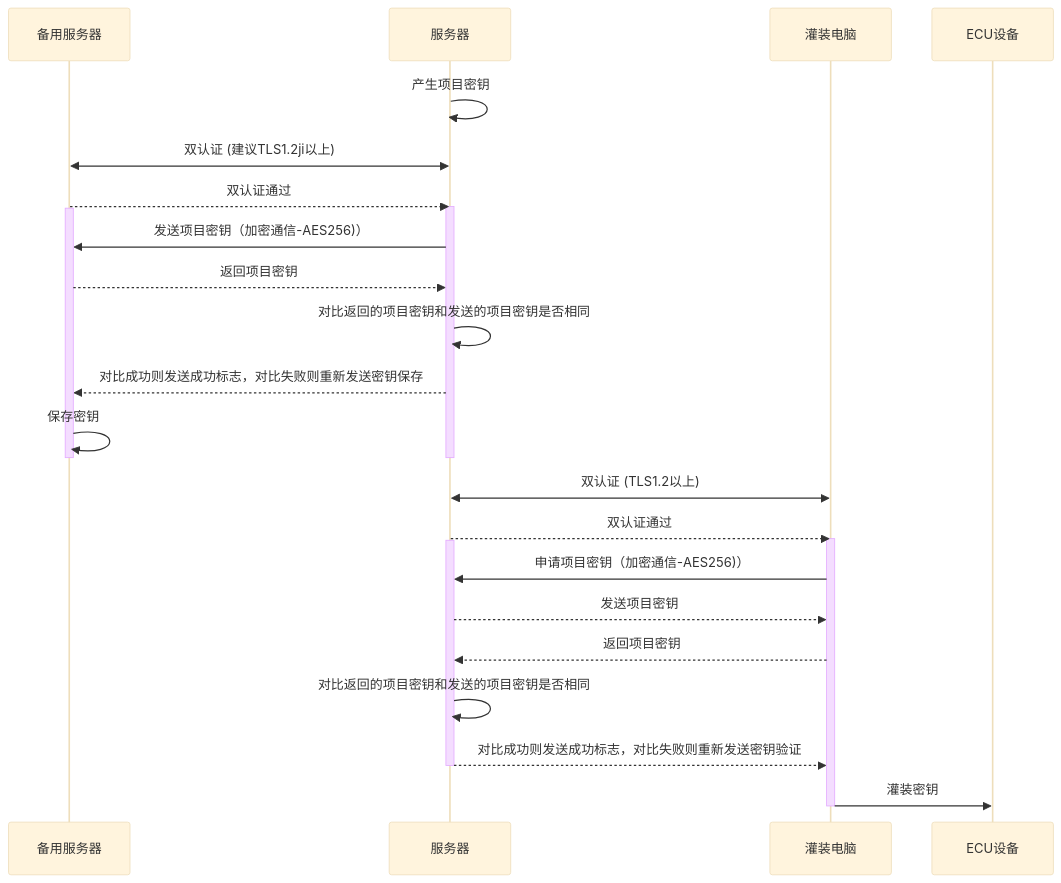
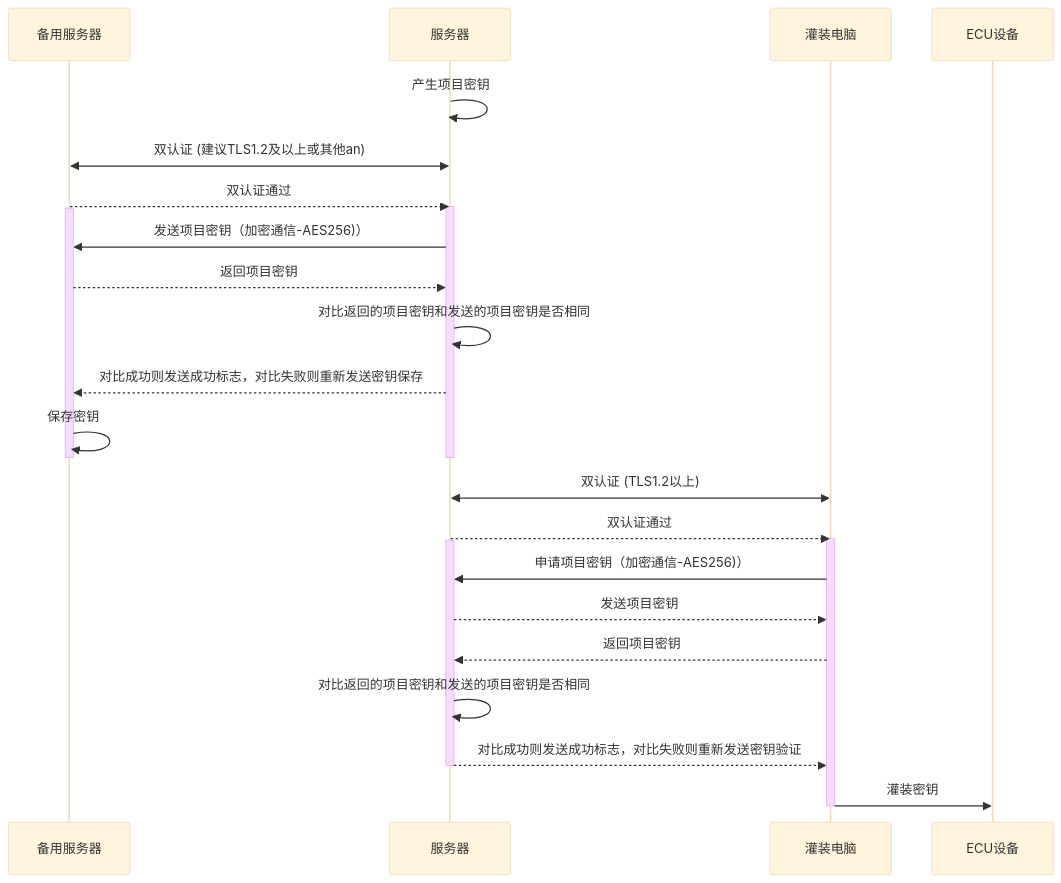
One commit to facebook-cloud/iodraw-files changed the diagram in all/未命名-10.md. Above: the diagram before and after it, drawn with Mermaid (base theme).

Commit message:
2026-01-23 13:32:13 update

````diff
--- a/all/未命名-10.md
+++ b/all/未命名-10.md
@@ -1,35 +1,35 @@
 ```mermaid
 sequenceDiagram
     participant B as 备用服务器
     participant A as 服务器
     participant C as 灌装电脑
     participant D as ECU设备
 
     A->>A: 产生项目密钥
-    A<<->>B: 双认证 (建议TLS1.2ji以上)
+    A<<->>B: 双认证 (建议TLS1.2及以上或其他an)
     B-->>A: 双认证通过
     activate A
     activate B
     A->>B: 发送项目密钥（加密通信-AES256)）
     B-->>A: 返回项目密钥
 
     A->>A: 对比返回的项目密钥和发送的项目密钥是否相同
     A-->>B: 对比成功则发送成功标志，对比失败则重新发送密钥保存
     B->>B: 保存密钥
     deactivate B
     deactivate A
 
     C<<->>A: 双认证 (TLS1.2以上)
     A-->>C: 双认证通过
     activate C
     activate A
     C->>A: 申请项目密钥（加密通信-AES256)）
     A-->>C: 发送项目密钥
     C-->>A: 返回项目密钥
     A->>A: 对比返回的项目密钥和发送的项目密钥是否相同
     A-->>C: 对比成功则发送成功标志，对比失败则重新发送密钥验证
     deactivate A
     C->>D: 灌装密钥
     deactivate C
 
 ```
````
